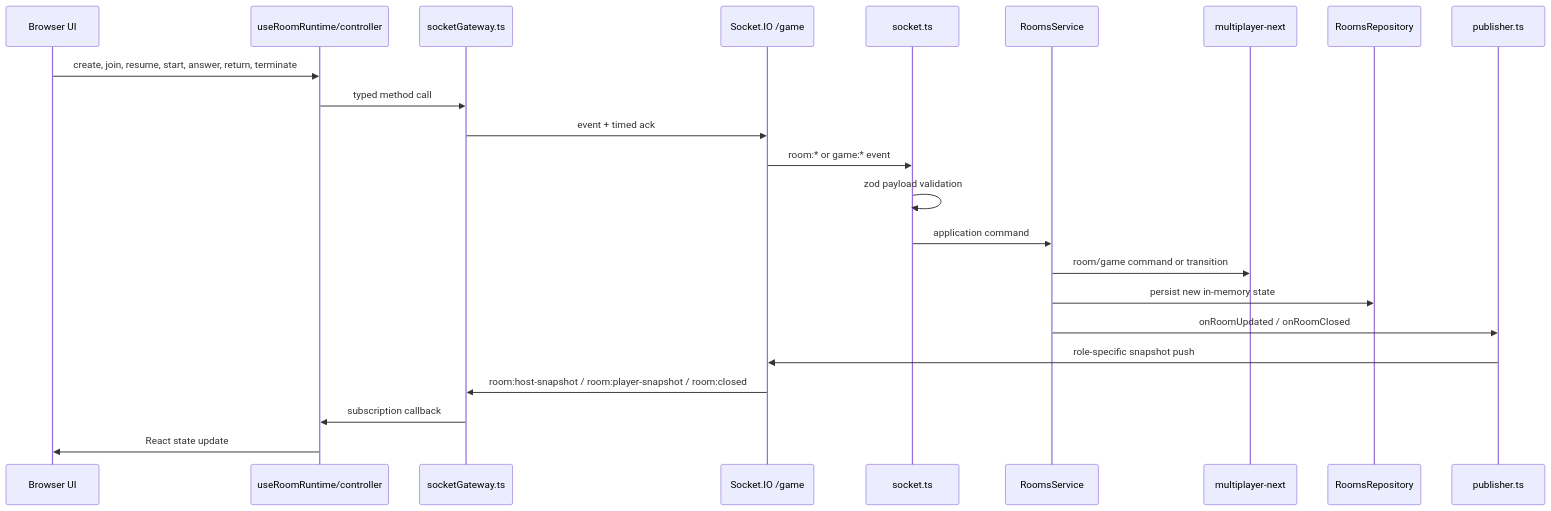
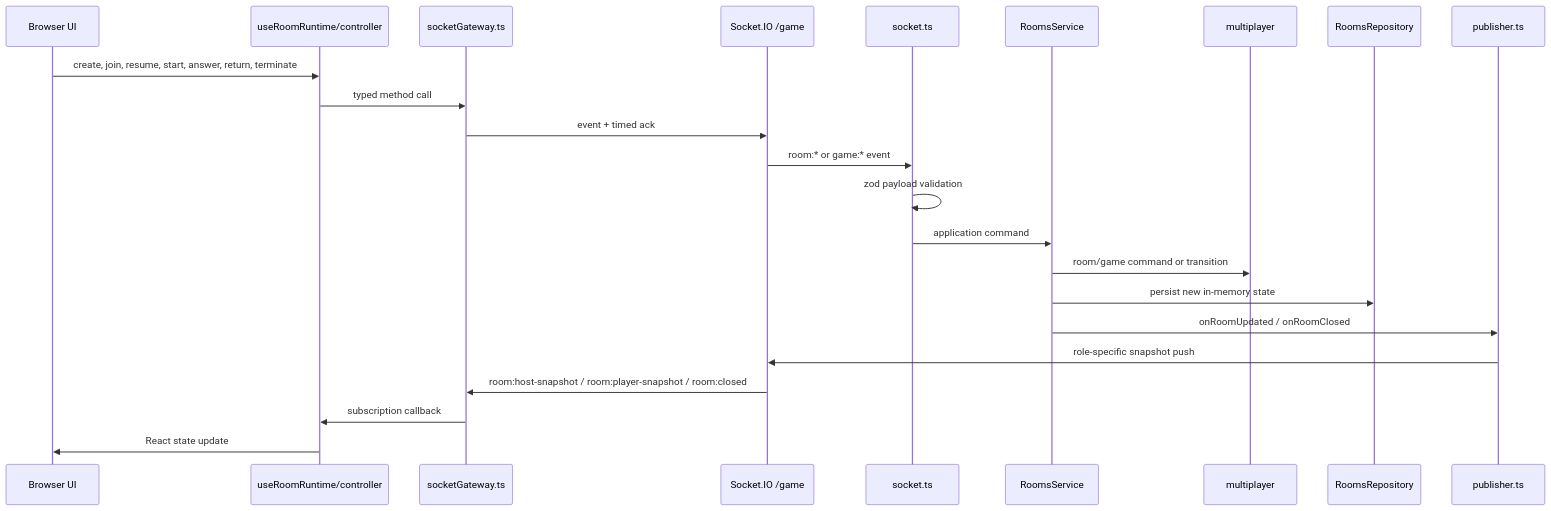
Before and after one commit to atamuratov07/maptap-game: the first of 6 diagrams in docs/architecture/multiplayer.md, drawn with Mermaid. The commit also changed other lines of this file and 54 other files, not shown here.

Commit message:
refactor: promote multiplayer-next to multiplayer, drop legacy tree

````diff
--- a/docs/architecture/multiplayer.md
+++ b/docs/architecture/multiplayer.md
@@ -22,26 +22,26 @@
 ```mermaid
 sequenceDiagram
     participant UI as Browser UI
     participant Runtime as useRoomRuntime/controller
     participant Gateway as socketGateway.ts
     participant Socket as Socket.IO /game
     participant Handlers as socket.ts
     participant Service as RoomsService
-    participant Domain as multiplayer-next
+    participant Domain as multiplayer
     participant Repo as RoomsRepository
     participant Publisher as publisher.ts
 
     UI->>Runtime: create, join, resume, start, answer, return, terminate
     Runtime->>Gateway: typed method call
     Gateway->>Socket: event + timed ack
     Socket->>Handlers: room:* or game:* event
     Handlers->>Handlers: zod payload validation
     Handlers->>Service: application command
     Service->>Domain: room/game command or transition
     Service->>Repo: persist new in-memory state
     Service->>Publisher: onRoomUpdated / onRoomClosed
     Publisher->>Socket: role-specific snapshot push
     Socket->>Gateway: room:host-snapshot / room:player-snapshot / room:closed
     Gateway->>Runtime: subscription callback
     Runtime->>UI: React state update
 ```
````
